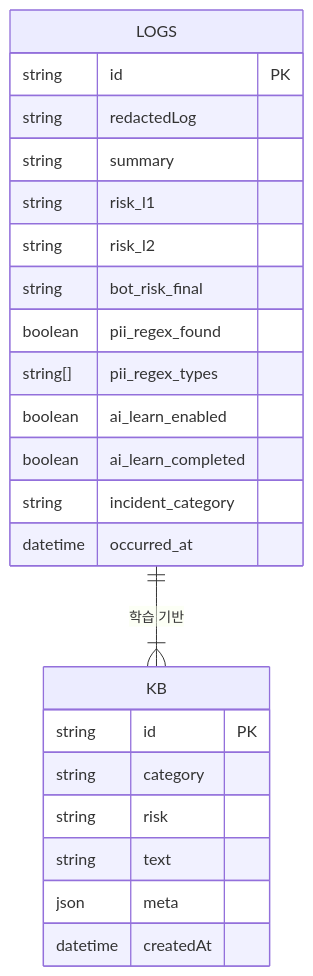
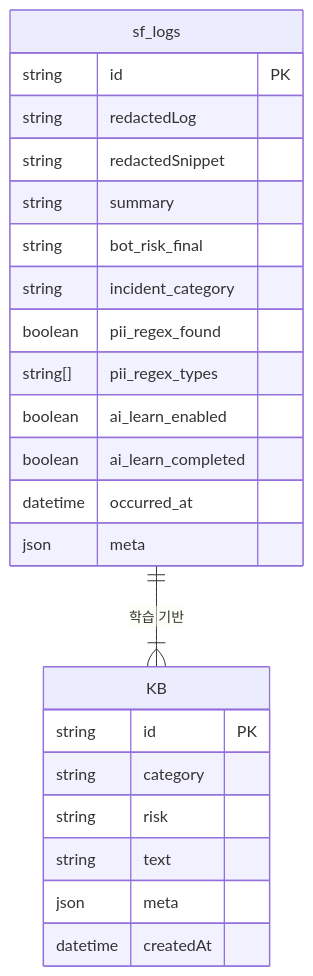
The second of 2 diagrams in README.md (jihun-moon/im-bank-n8n-agent), drawn with Mermaid before and after one commit. The commit also changed other lines of this file, not shown here.

````diff
--- a/README.md
+++ b/README.md
@@ -119,28 +150,28 @@
 ```mermaid
 erDiagram
-    LOGS {
+    sf_logs {
         string id PK
         string redactedLog
+        string redactedSnippet
         string summary
-        string risk_l1
-        string risk_l2
         string bot_risk_final
+        string incident_category
         boolean pii_regex_found
         string[] pii_regex_types
         boolean ai_learn_enabled
         boolean ai_learn_completed
-        string incident_category
         datetime occurred_at
+        json meta
     }
 
     KB {
         string id PK
         string category
         string risk
         string text
         json meta
         datetime createdAt
     }
 
-    LOGS ||--|{ KB : "학습 기반"
+    sf_logs ||--|{ KB : "학습 기반"
 ```
````
